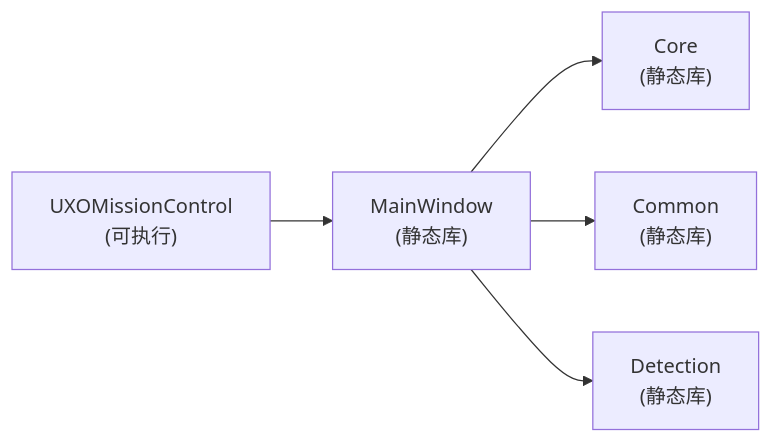
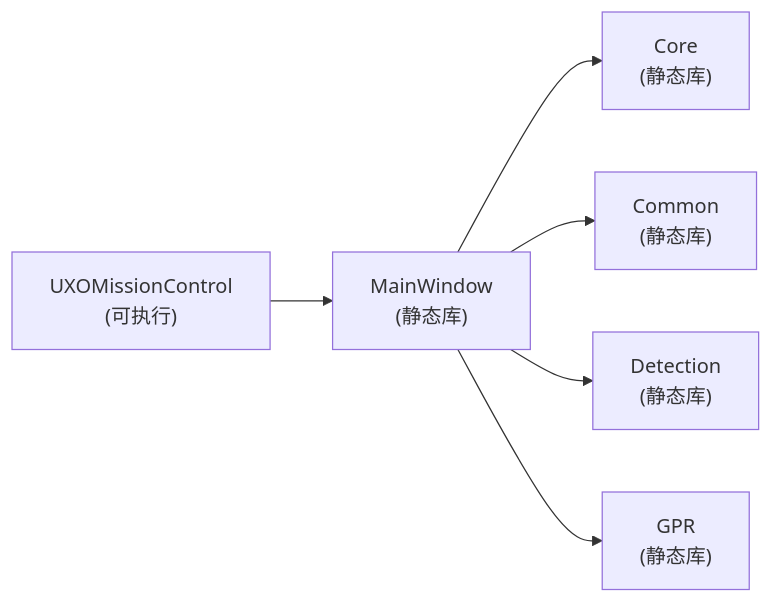
The first of 3 diagrams in docs/ARCHITECTURE.md (wbzzzd/UXO_v1), drawn with Mermaid before and after one commit. The commit also changed other lines of this file and 5 other files, not shown here.

````diff
--- a/docs/ARCHITECTURE.md
+++ b/docs/ARCHITECTURE.md
@@ -24,7 +24,8 @@
 ```mermaid
 flowchart LR
     App["UXOMissionControl<br/>(可执行)"] --> MainWindow["MainWindow<br/>(静态库)"]
     MainWindow --> Core["Core<br/>(静态库)"]
     MainWindow --> Common["Common<br/>(静态库)"]
     MainWindow --> Detection["Detection<br/>(静态库)"]
+    MainWindow --> GPR["GPR<br/>(静态库)"]
 ```
````
